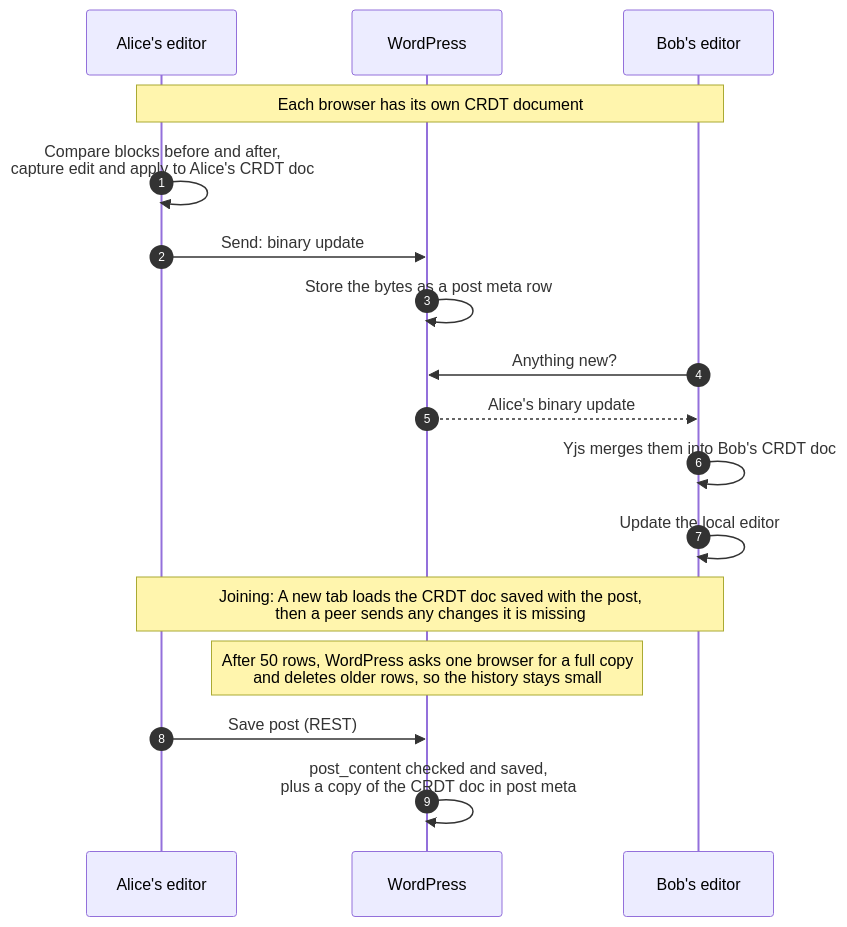
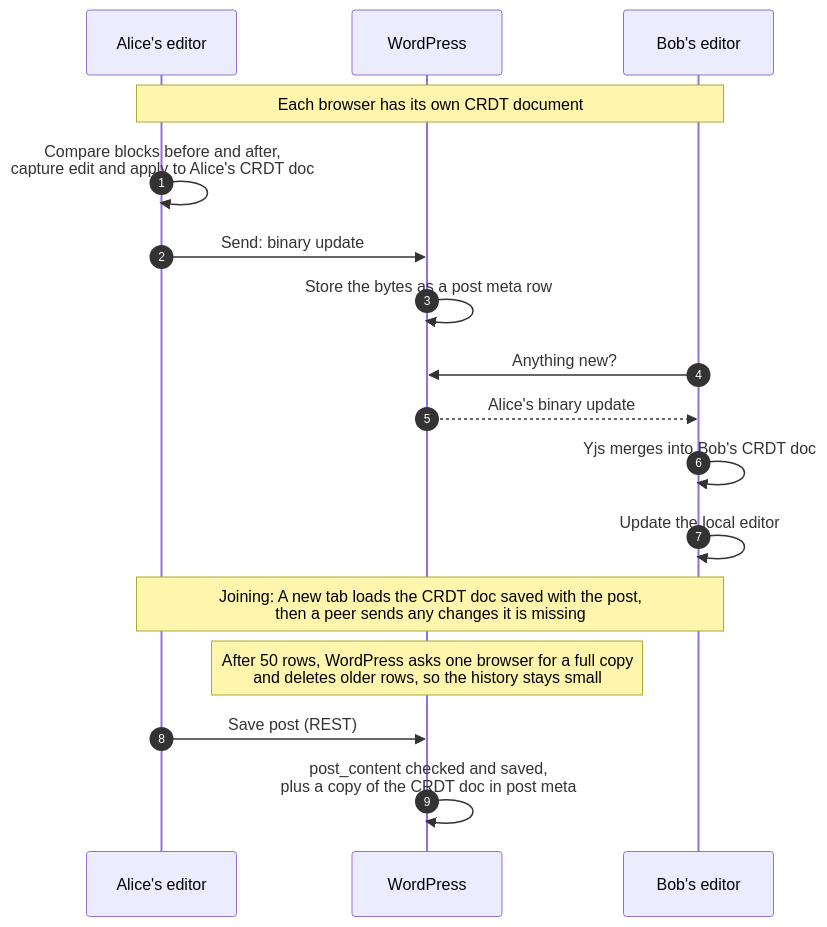
One commit to WordPress/gutenberg-sync-engines changed the first of 4 diagrams in docs/data-flow.md. Above: the diagram before and after it, drawn with Mermaid. The commit also changed other lines of this file, not shown here.

````diff
--- a/docs/data-flow.md
+++ b/docs/data-flow.md
@@ -45,19 +51,19 @@
 ```mermaid
 sequenceDiagram
     autonumber
     participant A as Alice's editor
     participant WP as WordPress
     participant B as Bob's editor
     Note over A,B: Each browser has its own CRDT document
     A->>A: Compare blocks before and after,<br/>capture edit and apply to Alice's CRDT doc
     A->>WP: Send: binary update
     WP->>WP: Store the bytes as a post meta row
     B->>WP: Anything new?
     WP-->>B: Alice's binary update
-    B->>B: Yjs merges them into Bob's CRDT doc
+    B->>B: Yjs merges into Bob's CRDT doc
     B->>B: Update the local editor
     Note over A,B: Joining: A new tab loads the CRDT doc saved with the post,<br/>then a peer sends any changes it is missing
     Note over WP: After 50 rows, WordPress asks one browser for a full copy<br/>and deletes older rows, so the history stays small
     A->>WP: Save post (REST)
     WP->>WP: post_content checked and saved,<br/>plus a copy of the CRDT doc in post meta
 ```
````
